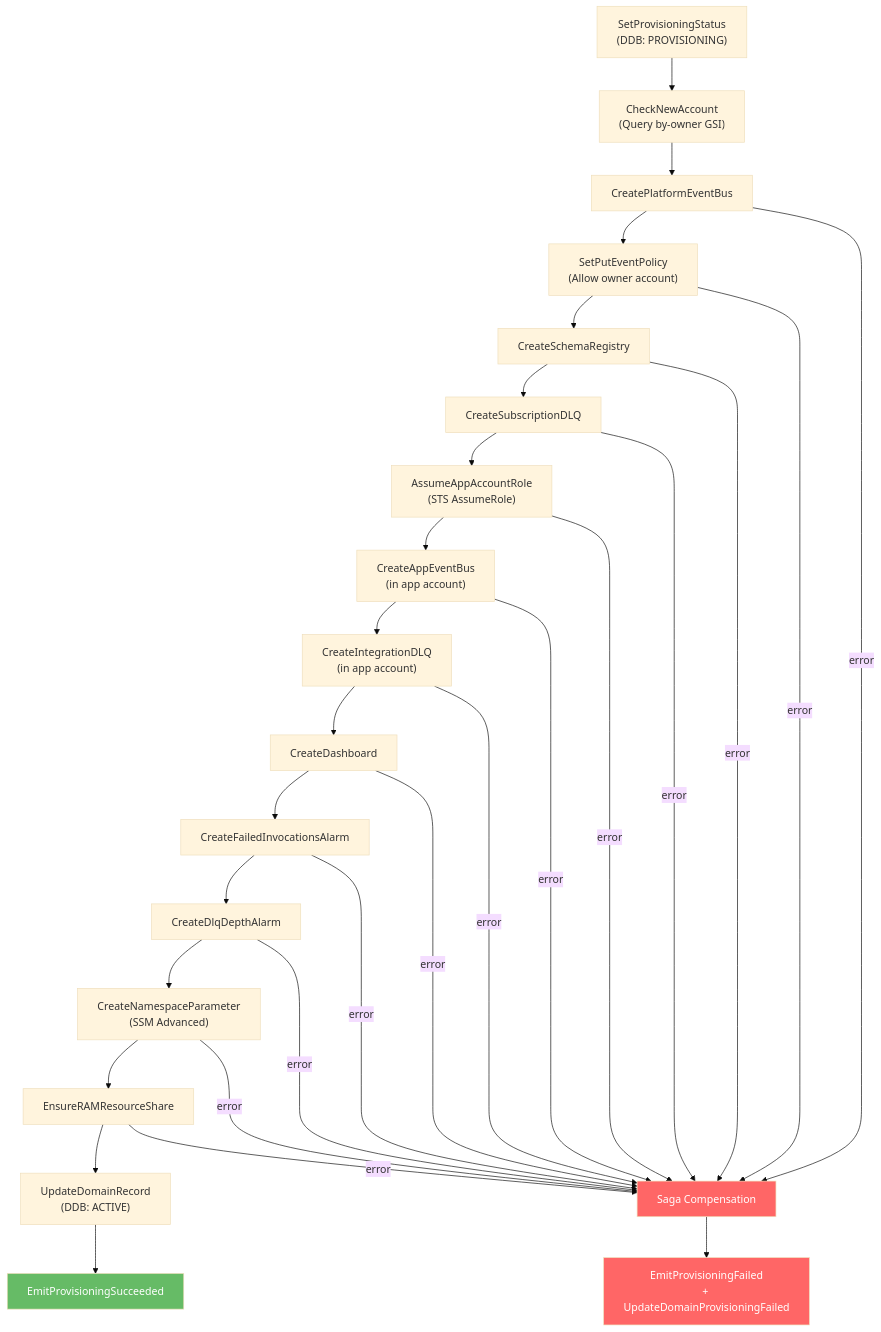
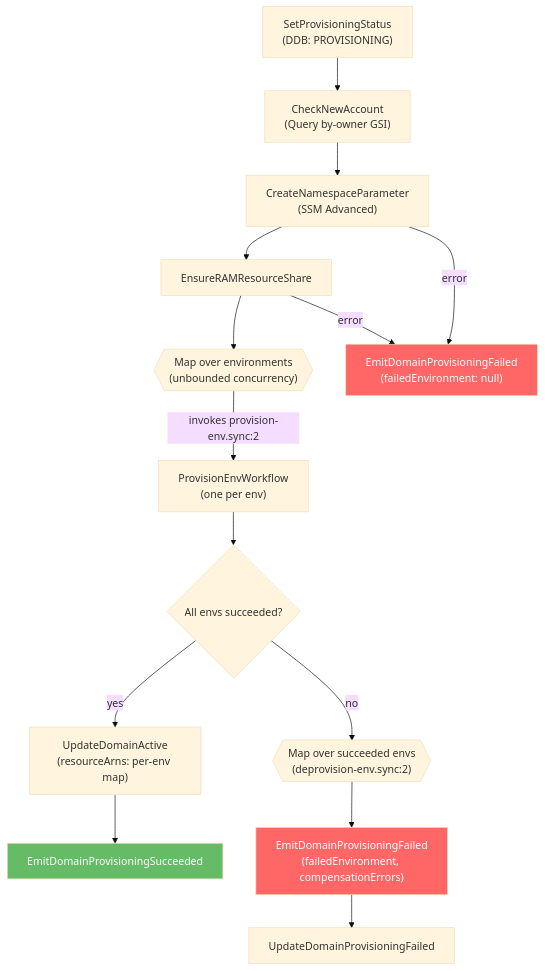
Before and after one commit to liedig/konductor4evb: the fifth of 8 diagrams in docs/development/architecture.md, drawn with Mermaid (base theme). The commit also changed other lines of this file and 50 other files, not shown here.

First line of the commit message:
feat: multi-env domain provisioning + platform singleton refactor

````diff
--- a/docs/development/architecture.md
+++ b/docs/development/architecture.md
@@ -204,37 +223,21 @@
 ```mermaid
 graph TD
     start["SetProvisioningStatus<br/>(DDB: PROVISIONING)"] --> check["CheckNewAccount<br/>(Query by-owner GSI)"]
-    check --> bus["CreatePlatformEventBus"]
-    bus --> policy["SetPutEventPolicy<br/>(Allow owner account)"]
-    policy --> schema["CreateSchemaRegistry"]
-    schema --> dlq["CreateSubscriptionDLQ"]
-    dlq --> assume["AssumeAppAccountRole<br/>(STS AssumeRole)"]
-    assume --> appbus["CreateAppEventBus<br/>(in app account)"]
-    appbus --> appdlq["CreateIntegrationDLQ<br/>(in app account)"]
-    appdlq --> dash["CreateDashboard"]
-    dash --> alarm1["CreateFailedInvocationsAlarm"]
-    alarm1 --> alarm2["CreateDlqDepthAlarm"]
-    alarm2 --> param["CreateNamespaceParameter<br/>(SSM Advanced)"]
+    check --> param["CreateNamespaceParameter<br/>(SSM Advanced)"]
     param --> ramcheck["EnsureRAMResourceShare"]
-    ramcheck --> update["UpdateDomainRecord<br/>(DDB: ACTIVE)"]
-    update --> emit["EmitProvisioningSucceeded"]
+    ramcheck --> mapenvs{{"Map over environments<br/>(unbounded concurrency)"}}
+    mapenvs -->|invokes provision-env.sync:2| inner["ProvisionEnvWorkflow<br/>(one per env)"]
+    inner --> envresult{"All envs succeeded?"}
+    envresult -->|yes| update["UpdateDomainActive<br/>(resourceArns: per-env map)"]
+    update --> emit["EmitDomainProvisioningSucceeded"]
+    envresult -->|no| rollback{{"Map over succeeded envs<br/>(deprovision-env.sync:2)"}}
+    rollback --> failemit["EmitDomainProvisioningFailed<br/>(failedEnvironment, compensationErrors)"]
+    failemit --> failupdate["UpdateDomainProvisioningFailed"]
 
-    bus -->|"error"| comp["Saga Compensation"]
-    policy -->|"error"| comp
-    schema -->|"error"| comp
-    dlq -->|"error"| comp
-    assume -->|"error"| comp
-    appbus -->|"error"| comp
-    appdlq -->|"error"| comp
-    dash -->|"error"| comp
-    alarm1 -->|"error"| comp
-    alarm2 -->|"error"| comp
-    param -->|"error"| comp
-    ramcheck -->|"error"| comp
+    param -->|"error"| domainfail["EmitDomainProvisioningFailed<br/>(failedEnvironment: null)"]
+    ramcheck -->|"error"| domainfail
 
-    comp --> fail["EmitProvisioningFailed<br/>+ UpdateDomainProvisioningFailed"]
-
-    style comp fill:#f66,color:#fff
     style emit fill:#6b6,color:#fff
-    style fail fill:#f66,color:#fff
+    style failemit fill:#f66,color:#fff
+    style domainfail fill:#f66,color:#fff
 ```
````
